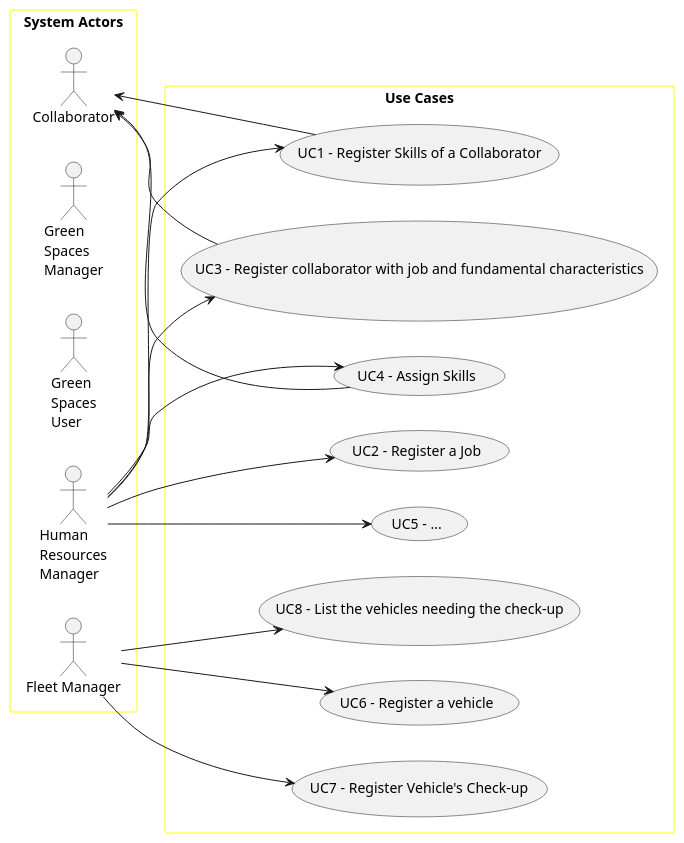
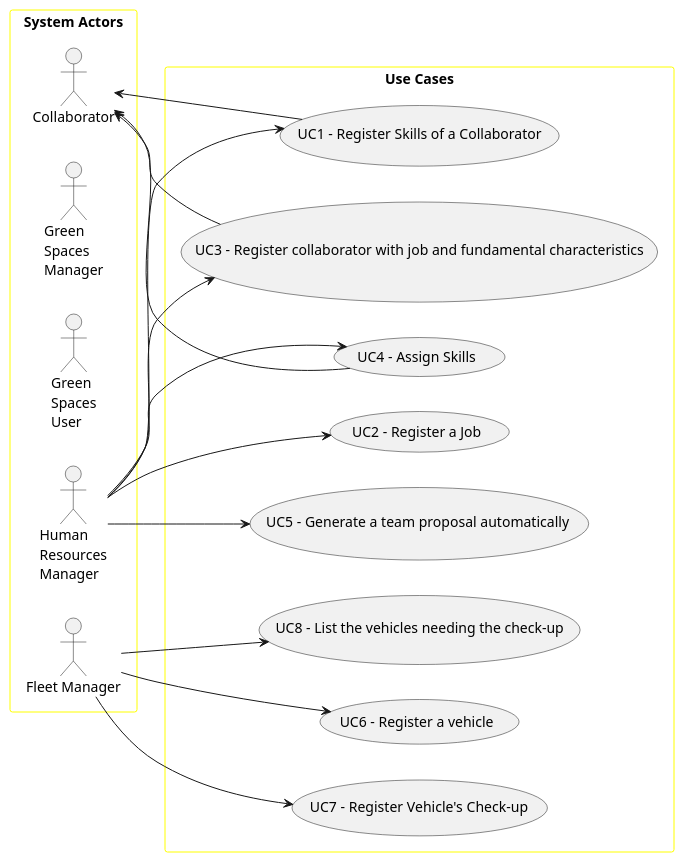
One commit to daniel41silva05/ISEP_2023_2024_LAPR2 changed the diagram in docs/sprintA/global-artifacts/01.requirements-engineering/puml/use-case-diagram.puml. Above: the diagram before and after it, drawn with PlantUML. The commit also changed 2 other files, not shown here.

Commit message:
Update UCD diagram

```diff
--- a/docs/sprintA/global-artifacts/01.requirements-engineering/puml/use-case-diagram.puml
+++ b/docs/sprintA/global-artifacts/01.requirements-engineering/puml/use-case-diagram.puml
@@ -1,44 +1,44 @@
 @startuml
 'skinparam monochrome true
 skinparam packageStyle rectangle
 'skinparam shadowing false
 
 skinparam rectangle{
     BorderColor yellow
 }
 
 'title Use Case Diagram Example
 
 left to right direction
 
 rectangle "System Actors" as actors {
     actor Collaborator
     actor "Green\nSpaces\nManager" as GSM
     actor "Green\nSpaces\nUser" as GSU
     actor "Human\nResources\nManager" as HRM
     actor "Fleet Manager" as FM
 }
 
 rectangle "Use Cases" as usecases{
     usecase "UC1 - Register Skills of a Collaborator" as UC1
     HRM --> UC1
     UC1 --> Collaborator
     usecase "UC2 - Register a Job" as UC2
     HRM --> UC2
     usecase "UC3 - Register collaborator with job and fundamental characteristics" as UC3
     HRM --> UC3
     UC3 --> Collaborator
     usecase "UC4 - Assign Skills" as UC4
     HRM --> UC4
     UC4 --> Collaborator
-    usecase "UC5 - ..." as UC5
+    usecase "UC5 - Generate a team proposal automatically " as UC5
     HRM --> UC5
     usecase "UC6 - Register a vehicle" as UC6
     FM --> UC6
     usecase "UC7 - Register Vehicle's Check-up" as UC7
     FM --> UC7
     usecase "UC8 - List the vehicles needing the check-up" as UC8
     FM --> UC8
 }
 
 @enduml
```
